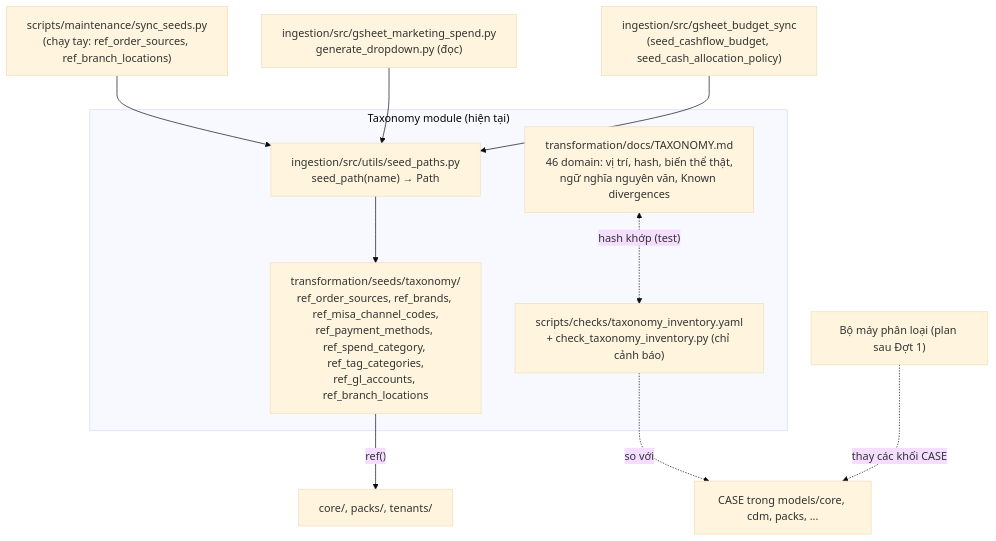
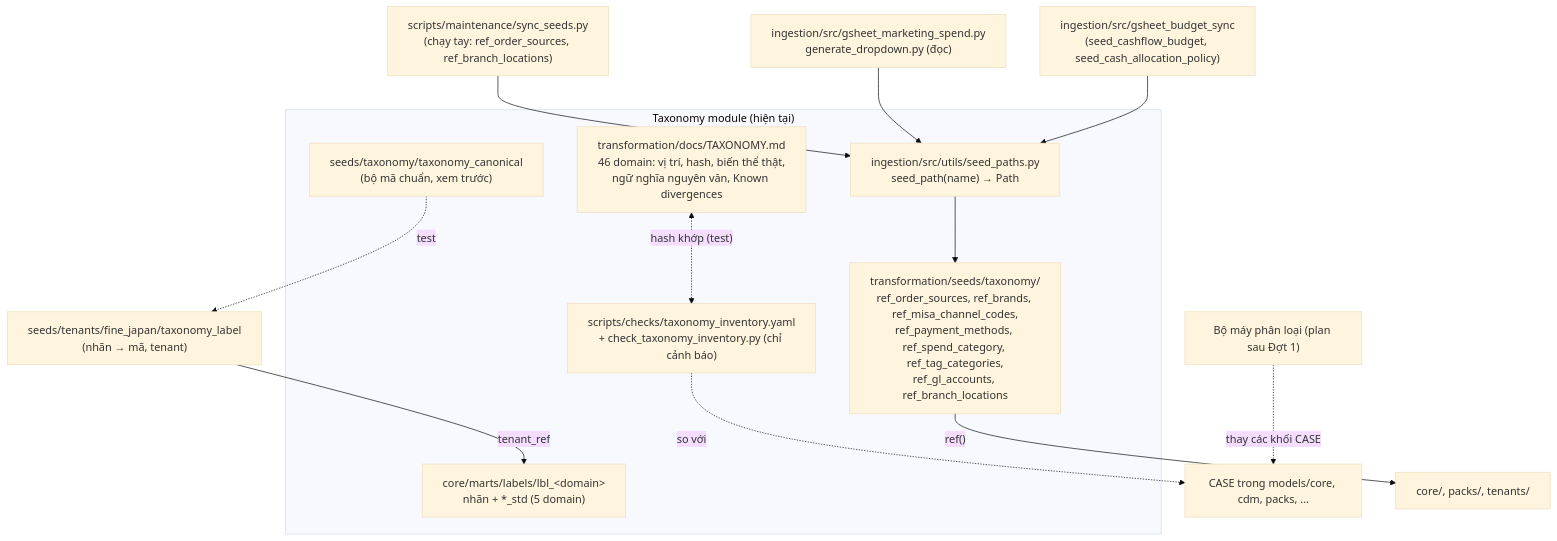
Diagram 12 of 17 in docs/architecture/modules.md (vantt/data-integration), drawn with Mermaid (base theme) before and after one commit. The commit also changed other lines of this file and 26 other files, not shown here.

First line of the commit message:
feat(taxonomy): map current labels to preview standard codes in lbl_ models

````diff
--- a/docs/architecture/modules.md
+++ b/docs/architecture/modules.md
@@ -613,17 +614,21 @@
 ```mermaid
 flowchart TB
     subgraph TAX["Taxonomy module (hiện tại)"]
         DOC["transformation/docs/TAXONOMY.md<br/>46 domain: vị trí, hash, biến thể thật,<br/>ngữ nghĩa nguyên văn, Known divergences"]
         INV["scripts/checks/taxonomy_inventory.yaml<br/>+ check_taxonomy_inventory.py (chỉ cảnh báo)"]
         SEED["transformation/seeds/taxonomy/<br/>ref_order_sources, ref_brands, ref_misa_channel_codes,<br/>ref_payment_methods, ref_spend_category, ref_tag_categories,<br/>ref_gl_accounts, ref_branch_locations"]
         SP["ingestion/src/utils/seed_paths.py<br/>seed_path(name) → Path"]
+        TC["seeds/taxonomy/taxonomy_canonical<br/>(bộ mã chuẩn, xem trước)"]
+        LBL["core/marts/labels/lbl_&lt;domain&gt;<br/>nhãn + *_std (5 domain)"]
     end
+    TL["seeds/tenants/fine_japan/taxonomy_label<br/>(nhãn → mã, tenant)"] -- "tenant_ref" --> LBL
+    TC -. "test" .-> TL
     DOC <-. "hash khớp (test)" .-> INV
     INV -. "so với" .-> SQL["CASE trong models/core, cdm, packs, ..."]
     WR1["scripts/maintenance/sync_seeds.py<br/>(chạy tay: ref_order_sources, ref_branch_locations)"] --> SP
     RD1["ingestion/src/gsheet_marketing_spend.py<br/>generate_dropdown.py (đọc)"] --> SP
     WR3["ingestion/src/gsheet_budget_sync<br/>(seed_cashflow_budget, seed_cash_allocation_policy)"] --> SP
     SP --> SEED
     SEED -->|"ref()"| CORE["core/, packs/, tenants/"]
     ENG["Bộ máy phân loại (plan sau Đợt 1)"] -. "thay các khối CASE" .-> SQL
 ```
````
